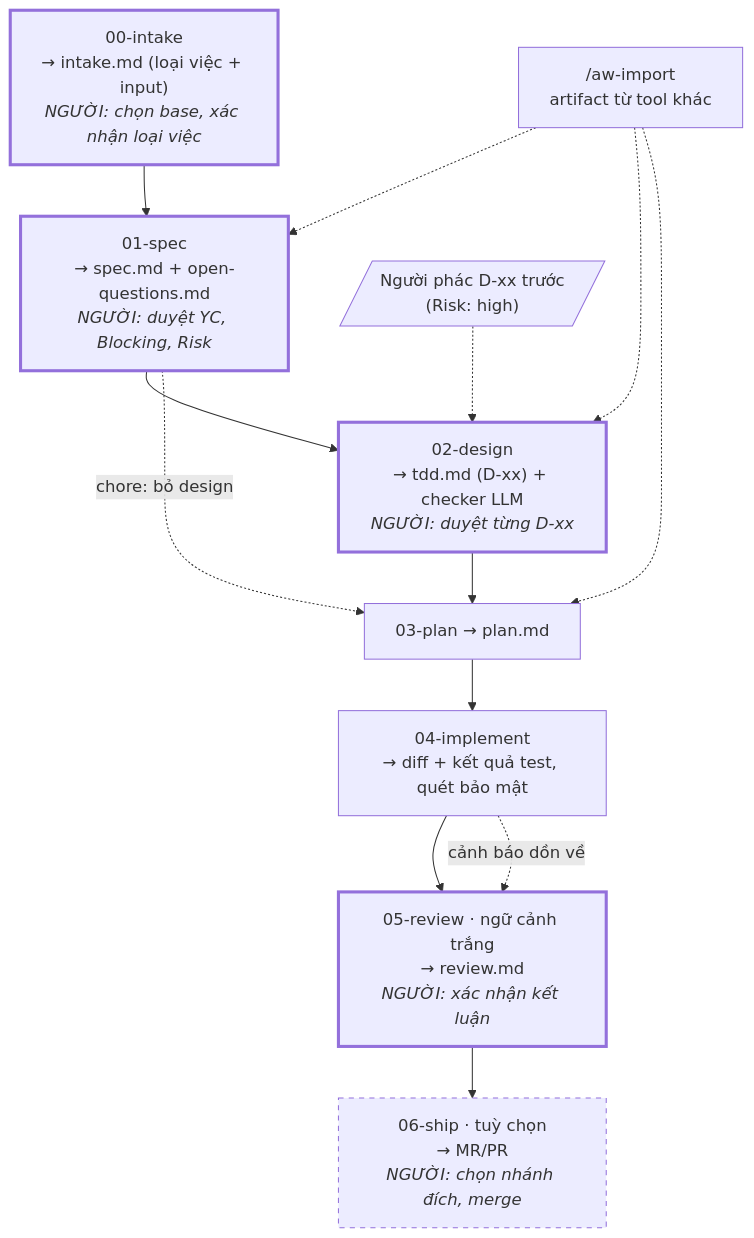
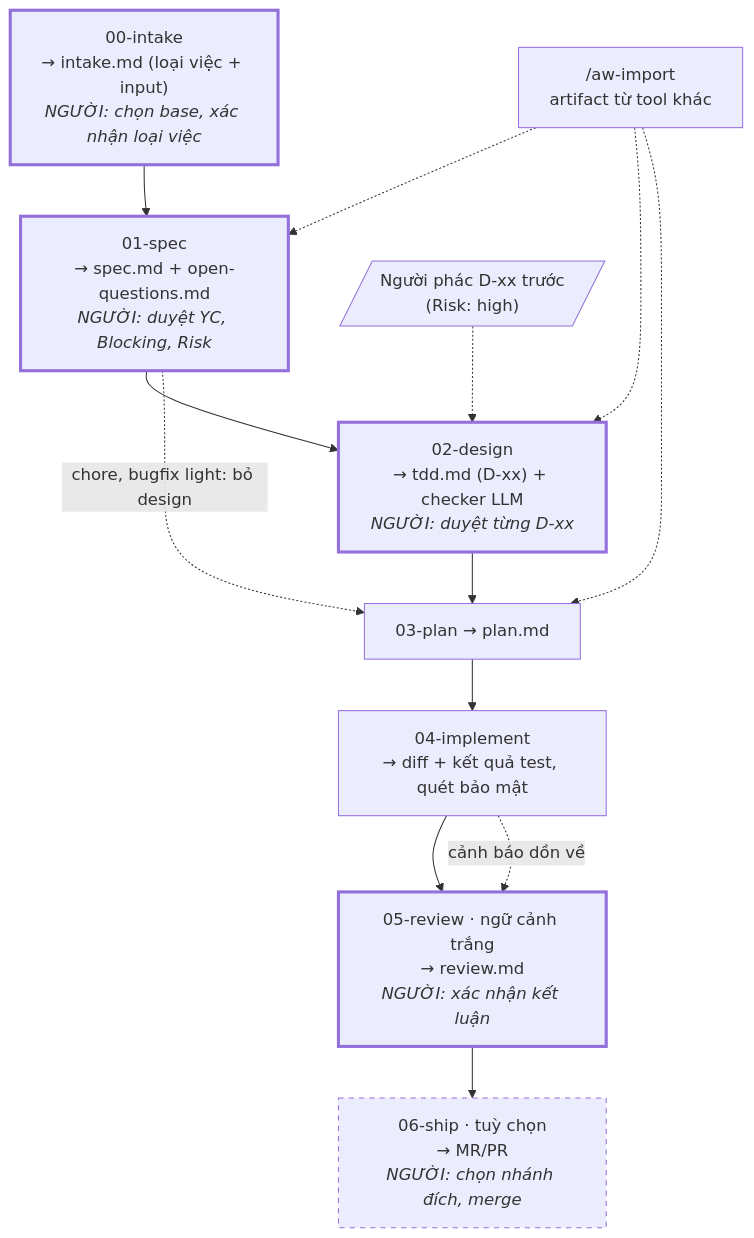
Before and after one commit to dangminhphuc/agent-workflow: the diagram in README.md, drawn with Mermaid. The commit also changed other lines of this file and 25 other files, not shown here.

First line of the commit message:
Bugfix làn light (bỏ design) và đính spec/tdd vào mô tả MR

````diff
--- a/README.md
+++ b/README.md
@@ -42,25 +42,25 @@
 ```mermaid
 flowchart TD
     INTAKE["00-intake<br/>→ intake.md (loại việc + input)<br/><i>NGƯỜI: chọn base, xác nhận loại việc</i>"]
     SPEC["01-spec<br/>→ spec.md + open-questions.md<br/><i>NGƯỜI: duyệt YC, Blocking, Risk</i>"]
     PHAC[/"Người phác D-xx trước<br/>(Risk: high)"/]
     DESIGN["02-design<br/>→ tdd.md (D-xx) + checker LLM<br/><i>NGƯỜI: duyệt từng D-xx</i>"]
     PLAN["03-plan → plan.md"]
     IMPL["04-implement<br/>→ diff + kết quả test, quét bảo mật"]
     REVIEW["05-review · ngữ cảnh trắng<br/>→ review.md<br/><i>NGƯỜI: xác nhận kết luận</i>"]
     SHIP["06-ship · tuỳ chọn<br/>→ MR/PR<br/><i>NGƯỜI: chọn nhánh đích, merge</i>"]
     IMPORT["/aw-import<br/>artifact từ tool khác"]
 
     INTAKE --> SPEC --> DESIGN --> PLAN --> IMPL --> REVIEW --> SHIP
     PHAC -.-> DESIGN
-    SPEC -. "chore: bỏ design" .-> PLAN
+    SPEC -. "chore, bugfix light: bỏ design" .-> PLAN
     IMPL -. "cảnh báo dồn về" .-> REVIEW
     IMPORT -.-> SPEC
     IMPORT -.-> DESIGN
     IMPORT -.-> PLAN
 
     classDef nguoi stroke-width:3px
     classDef tuychon stroke-dasharray:5 5
     class INTAKE,SPEC,DESIGN,REVIEW nguoi
     class SHIP tuychon
 ```
````
